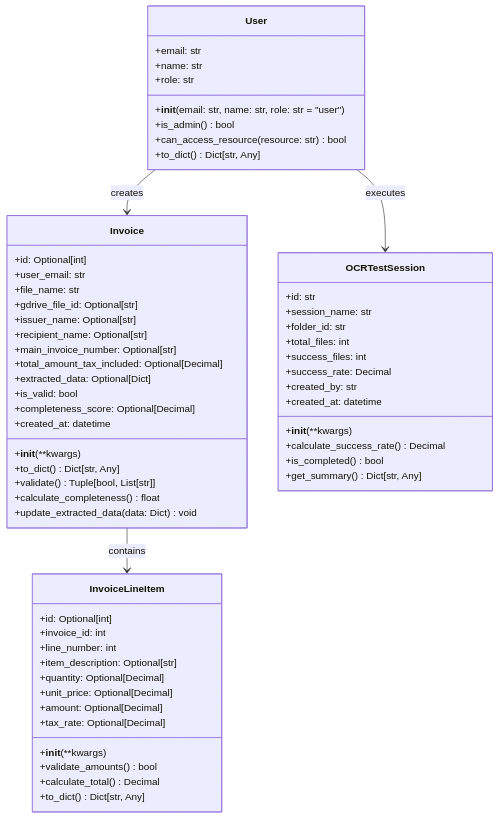
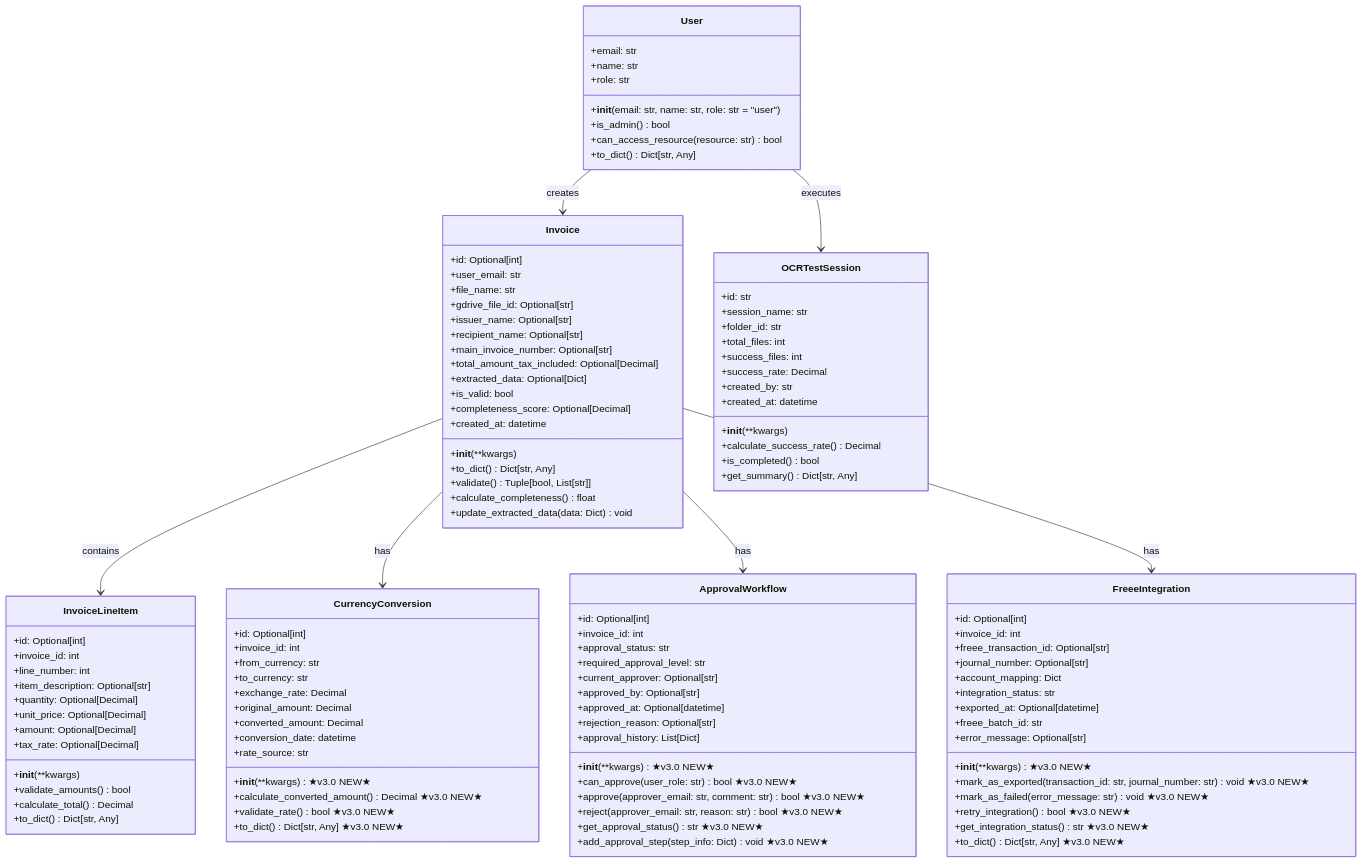
Before and after one commit to gucchon001/invoice-processing-system: diagram 12 of 19 in docs/21_クラス図.md, drawn with Mermaid. The commit also changed other lines of this file and 46 other files, not shown here.

````diff
--- a/docs/21_クラス図.md
+++ b/docs/21_クラス図.md
@@ -750,7 +867,69 @@
         +get_summary() Dict[str, Any]
     }
     
+    %% 40カラム新機能モデル ★v3.0 NEW★
+    class CurrencyConversion {
+        +id: Optional[int]
+        +invoice_id: int
+        +from_currency: str
+        +to_currency: str
+        +exchange_rate: Decimal
+        +original_amount: Decimal
+        +converted_amount: Decimal
+        +conversion_date: datetime
+        +rate_source: str
+        
+        +__init__(**kwargs) ★v3.0 NEW★
+        +calculate_converted_amount() Decimal ★v3.0 NEW★
+        +validate_rate() bool ★v3.0 NEW★
+        +to_dict() Dict[str, Any] ★v3.0 NEW★
+    }
+    
+    class ApprovalWorkflow {
+        +id: Optional[int]
+        +invoice_id: int
+        +approval_status: str
+        +required_approval_level: str
+        +current_approver: Optional[str]
+        +approved_by: Optional[str]
+        +approved_at: Optional[datetime]
+        +rejection_reason: Optional[str]
+        +approval_history: List[Dict]
+        
+        +__init__(**kwargs) ★v3.0 NEW★
+        +can_approve(user_role: str) bool ★v3.0 NEW★
+        +approve(approver_email: str, comment: str) bool ★v3.0 NEW★
+        +reject(approver_email: str, reason: str) bool ★v3.0 NEW★
+        +get_approval_status() str ★v3.0 NEW★
+        +add_approval_step(step_info: Dict) void ★v3.0 NEW★
+    }
+    
+    class FreeeIntegration {
+        +id: Optional[int]
+        +invoice_id: int
+        +freee_transaction_id: Optional[str]
+        +journal_number: Optional[str]
+        +account_mapping: Dict
+        +integration_status: str
+        +exported_at: Optional[datetime]
+        +freee_batch_id: str
+        +error_message: Optional[str]
+        
+        +__init__(**kwargs) ★v3.0 NEW★
+        +mark_as_exported(transaction_id: str, journal_number: str) void ★v3.0 NEW★
+        +mark_as_failed(error_message: str) void ★v3.0 NEW★
+        +retry_integration() bool ★v3.0 NEW★
+        +get_integration_status() str ★v3.0 NEW★
+        +to_dict() Dict[str, Any] ★v3.0 NEW★
+    }
+    
+    %% 既存の関係性
     Invoice --> InvoiceLineItem : contains
     User --> Invoice : creates
     User --> OCRTestSession : executes
+    
+    %% 40カラム新機能モデル関係 ★v3.0 NEW★
+    Invoice --> CurrencyConversion : has
+    Invoice --> ApprovalWorkflow : has
+    Invoice --> FreeeIntegration : has
 ```
````
